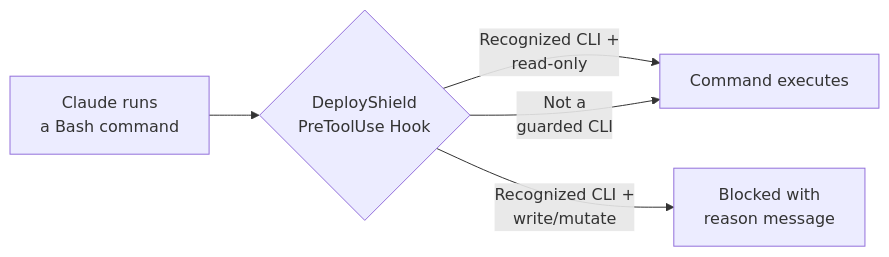
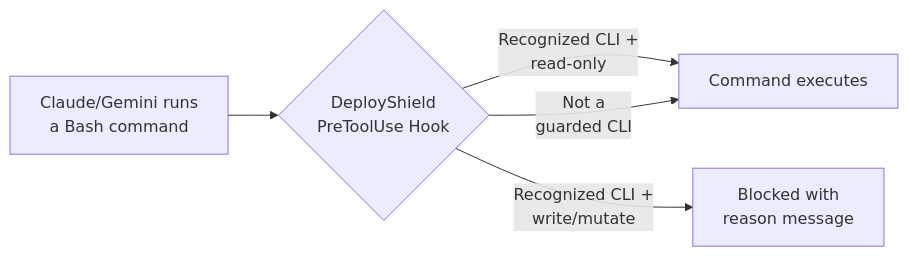
The diagram in README.md (matanryngler/deployshield), drawn with Mermaid before and after one commit. The commit also changed other lines of this file, not shown here.

````diff
--- a/README.md
+++ b/README.md
@@ -7,7 +32,7 @@
 ```mermaid
 flowchart LR
-    A["Claude runs\na Bash command"] --> B{"DeployShield\nPreToolUse Hook"}
+    A["Claude/Gemini runs\na Bash command"] --> B{"DeployShield\nPreToolUse Hook"}
     B -->|"Recognized CLI +\nread-only"| C["Command executes"]
     B -->|"Not a\nguarded CLI"| C
     B -->|"Recognized CLI +\nwrite/mutate"| D["Blocked with\nreason message"]
 ```
````
